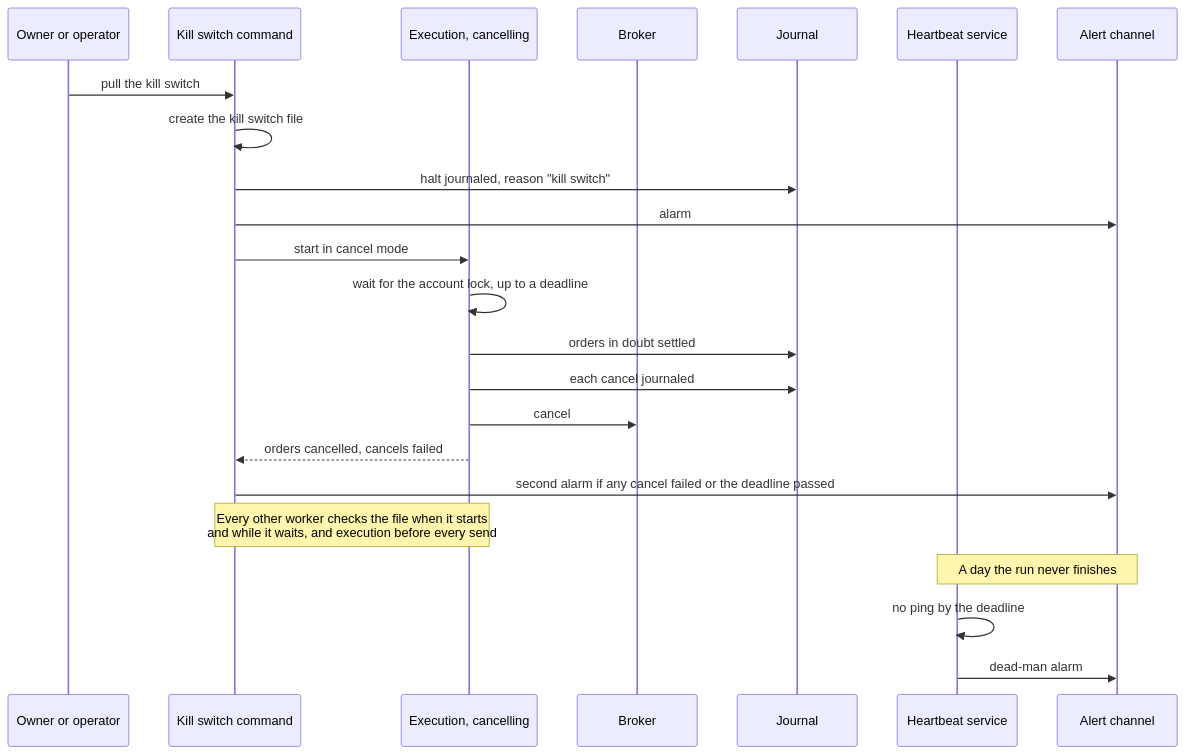
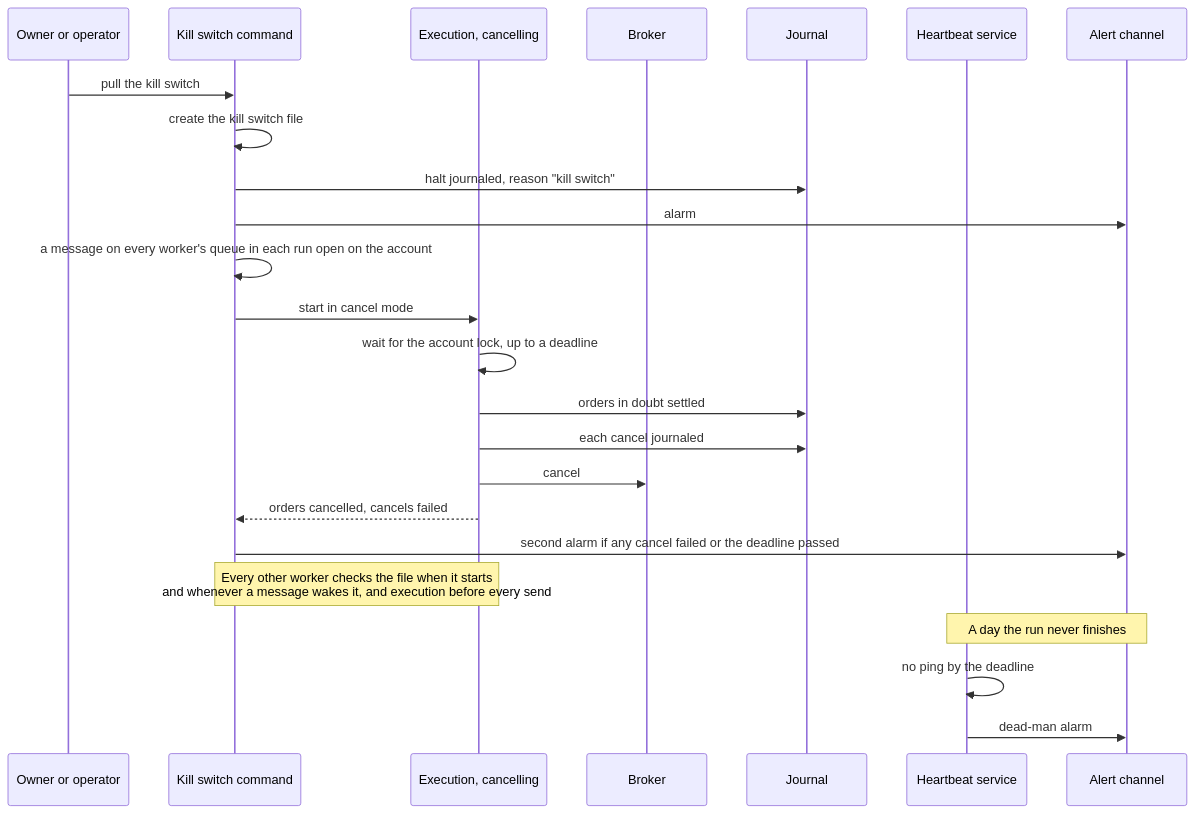
Before and after one commit to l3a0/ithildin-runtime: the ninth of 16 diagrams in docs/architecture.md, drawn with Mermaid. The commit also changed other lines of this file and 1 other file, not shown here.

````diff
--- a/docs/architecture.md
+++ b/docs/architecture.md
@@ -744,27 +750,28 @@
 ```mermaid
 sequenceDiagram
     participant P as Owner or operator
     participant K as Kill switch command
     participant X as Execution, cancelling
     participant B as Broker
     participant J as Journal
     participant H as Heartbeat service
     participant A as Alert channel
 
     P->>K: pull the kill switch
     K->>K: create the kill switch file
     K->>J: halt journaled, reason "kill switch"
     K->>A: alarm
+    K->>K: a message on every worker's queue in each run open on the account
     K->>X: start in cancel mode
     X->>X: wait for the account lock, up to a deadline
     X->>J: orders in doubt settled
     X->>J: each cancel journaled
     X->>B: cancel
     X-->>K: orders cancelled, cancels failed
     K->>A: second alarm if any cancel failed or the deadline passed
-    Note over K,X: Every other worker checks the file when it starts<br/>and while it waits, and execution before every send
+    Note over K,X: Every other worker checks the file when it starts<br/>and whenever a message wakes it, and execution before every send
 
     Note over H,A: A day the run never finishes
     H->>H: no ping by the deadline
     H->>A: dead-man alarm
 ```
````
